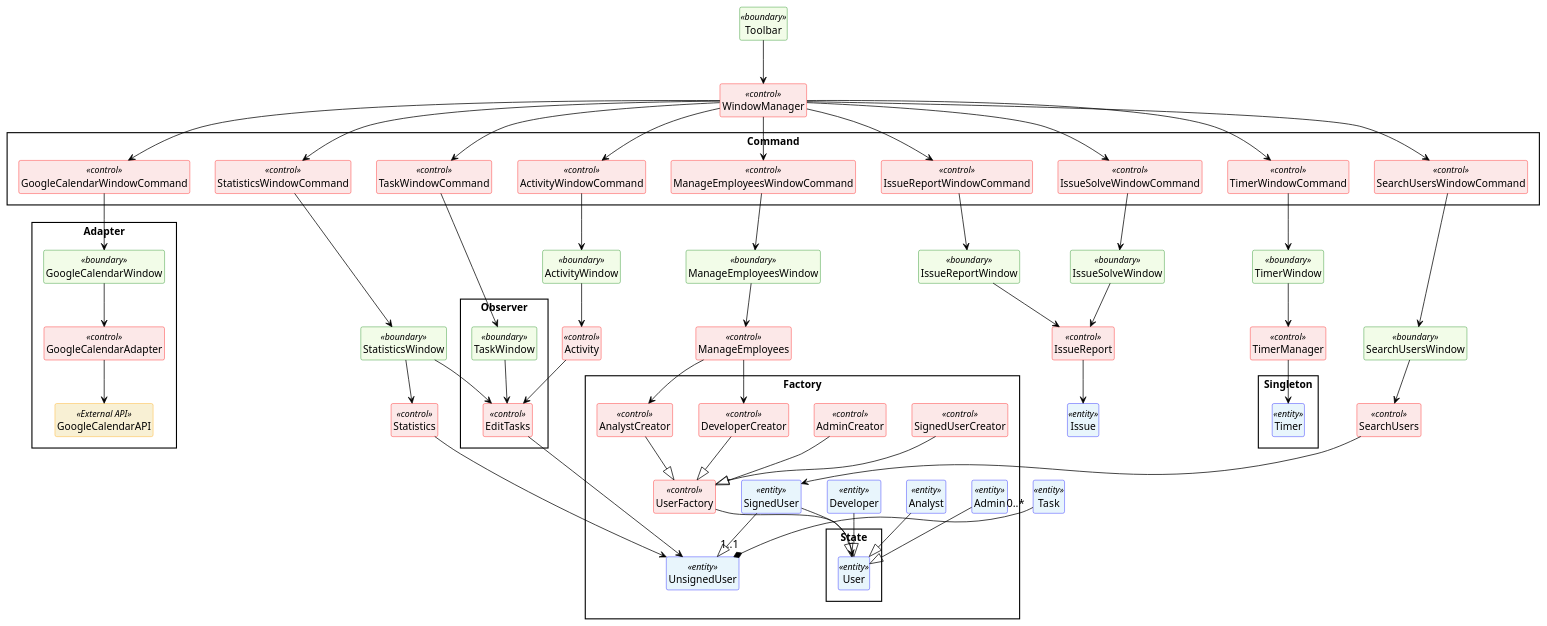
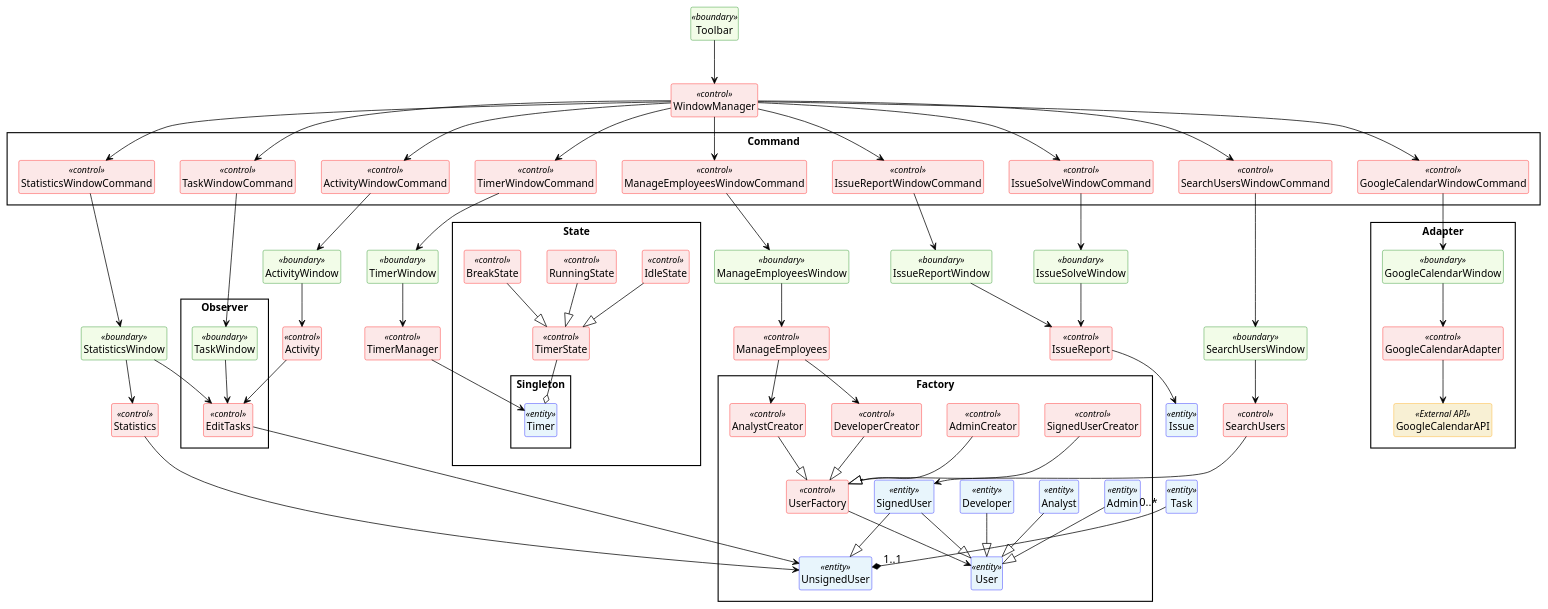
The diagram in docs/gradivo/plantuml/razredni_diagram_hidemembers.plantuml (juremrzek/ProductivityApp), drawn with PlantUML before and after one commit. The commit also changed 2 other files, not shown here.

Commit message:
Added State pattern to Timer class

```diff
--- a/docs/gradivo/plantuml/razredni_diagram_hidemembers.plantuml
+++ b/docs/gradivo/plantuml/razredni_diagram_hidemembers.plantuml
@@ -31,18 +31,16 @@
 
 '---------Razredi---------------------------
 package Factory{
-  package State{
-    Class User<<entity>> {
-      -id: int
-      -name: string
-      -hash: string
-      -salt: string
-      +getName(): string
-      +setName(): string
-      +getId(): int
-      +setPassword(password: string): void
-      +isPasswordCorrect(password: string): boolean
-    }
+  Class User<<entity>> {
+    -id: int
+    -name: string
+    -hash: string
+    -salt: string
+    +getName(): string
+    +setName(): string
+    +getId(): int
+    +setPassword(password: string): void
+    +isPasswordCorrect(password: string): boolean
   }
   Class UserFactory<<control>>{
     +createUser(userType: string): User
@@ -155,7 +153,6 @@
   +setDescription(desc: string): string
   +getName(): string
   +getDescription(): string
-
 }
 package Observer{
   class EditTasks<<control>>{
@@ -164,6 +161,7 @@
     +editTask(user: UnsignedUser, taskId: int, name: string, description: string): void
     +removeTask(taskId: int): void
     +completeTask(taskId: int): void
+    +getCompletedTaskCount(userid: id): int
     +notify(): void
   }
   class TaskWindow<<boundary>>{
@@ -219,7 +217,7 @@
 }
 package Adapter{
   Class GoogleCalendarAdapter<<control>>{
-    +getTask(event: Event): Task
+    +getTasks(): Task []
   }
   Class GoogleCalendarWindow<<boundary>>{
     +showCalendarTasks(): void
@@ -228,31 +226,52 @@
     +list(calendarId: string): Event[]
   }
 }
-
-package Singleton{
-  Class Timer<<entity>>{
-    -instance: Timer
-    -currentTime: int
-    -currentBreak: int
-    -isRunning: boolean
-    -duration: int
-    -break: int
-    +getInstance(): Timer
-    +startTimer(): void
-    +resetTimer(): void
-    +pauseTimer(): void
-    +resumeTimer(): void
-    +getCurrentTime(): void
-  } 
+package State{
+  package Singleton{
+    Class Timer<<entity>>{
+      -instance: Timer
+      -currentTime: int
+      -currentBreak: int
+      -isRunning: boolean
+      -duration: int
+      -break: int
+      +getInstance(): Timer
+      +resetTimer(): void
+      +pauseTimer(): void
+      +resumeTimer(): void
+      +startBreak(): void
+      +stopBreak(): void
+      +getCurrentTime(): void
+    }
+  }
+  Class TimerState<<control>>{
+    +reset(): void
+    +pause(): void
+    +resume(): void
+    +startBreak(): void
+    +stopBreak(): void
+  }
+  Class IdleState<<control>>{
+    +resume(): void
+  }
+  Class RunningState<<control>>{
+    +reset(): void
+    +pause(): void
+    +startBreak(): void
+  }
+  Class BreakState<<control>>{
+    +reset(): void
+    +resume(): void
+    +stopBreak(): void
+  }
 }
 Class TimerManager<<control>>{
-    +startTimer(): void
     +resetTimer(): void
     +pauseTimer(): void
     +resumeTimer(): void
     +startBreak(): void
+    +stopBreak(): void
     +getCurrentTime(): void
-    +alertUser(): void
 }
 Class TimerWindow<<boundary>>{
   +showCurrentTime(): void
@@ -310,4 +329,8 @@
 ManageEmployees --> DeveloperCreator
 ManageEmployees --> AnalystCreator
 Toolbar --> WindowManager
+TimerState --o Timer
+IdleState --|> TimerState
+RunningState --|> TimerState
+BreakState --|> TimerState
 @enduml
```
